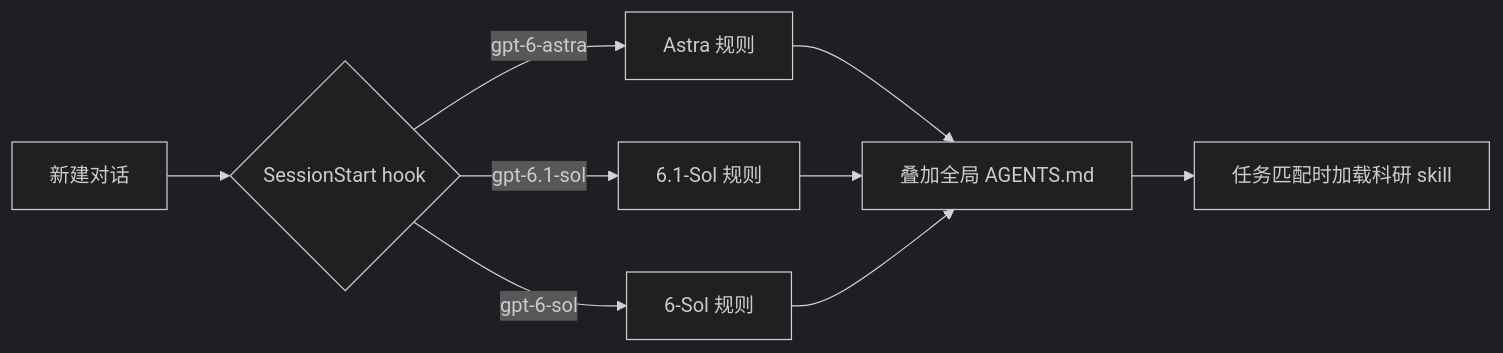
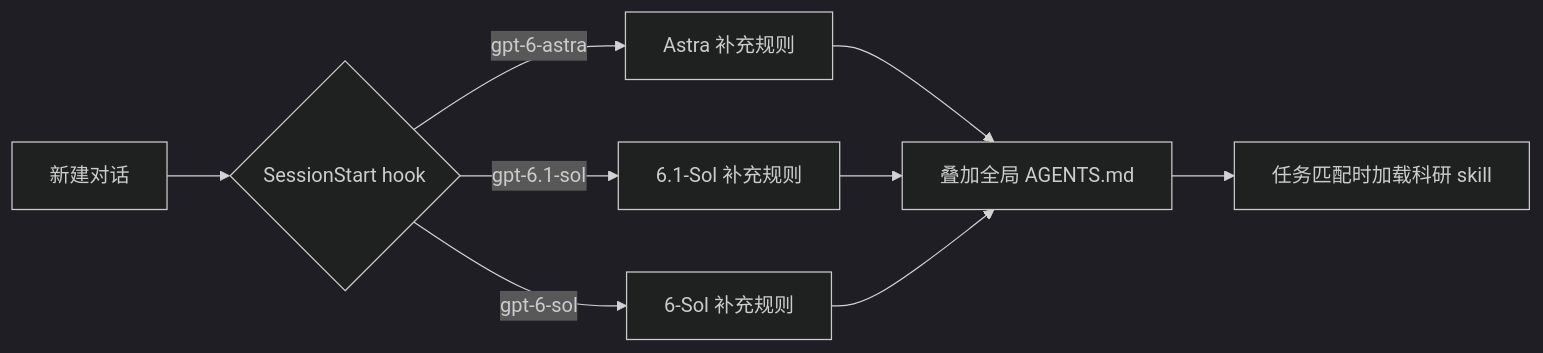
One commit to RainyMarks/GPT6-Research-Dev-Boost changed the diagram in README.md. Above: the diagram before and after it, drawn with Mermaid (dark theme). The commit also changed other lines of this file and 19 other files, not shown here.

````diff
--- a/README.md
+++ b/README.md
@@ -127,9 +70,9 @@
 ```mermaid
 flowchart LR
     A[新建对话] --> B{SessionStart hook}
-    B -->|gpt-6-astra| C[Astra 规则]
-    B -->|gpt-6.1-sol| D[6.1-Sol 规则]
-    B -->|gpt-6-sol| E[6-Sol 规则]
+    B -->|gpt-6-astra| C[Astra 补充规则]
+    B -->|gpt-6.1-sol| D[6.1-Sol 补充规则]
+    B -->|gpt-6-sol| E[6-Sol 补充规则]
     C & D & E --> G[叠加全局 AGENTS.md]
     G --> S[任务匹配时加载科研 skill]
 ```
````
